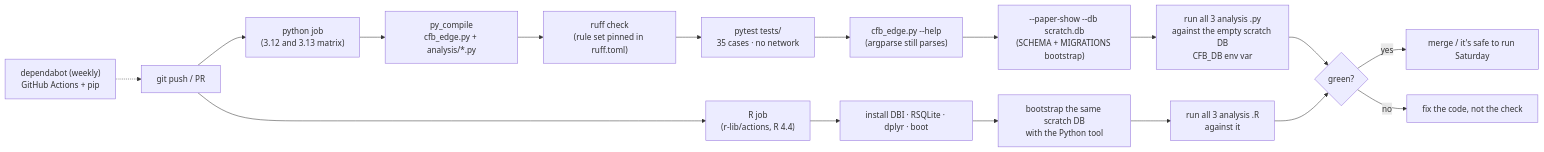
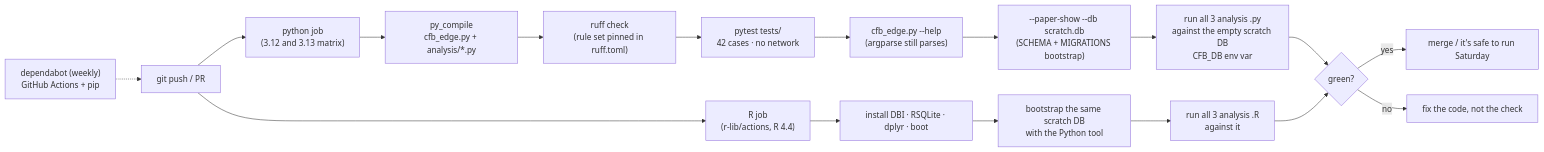
Before and after one commit to wbp318/cfb_2026: diagram 12 of 12 in README.md, drawn with Mermaid. The commit also changed other lines of this file and 7 other files, not shown here.

````diff
--- a/README.md
+++ b/README.md
@@ -615,18 +616,18 @@
 ```mermaid
 flowchart LR
     PUSH["git push / PR"] --> PY["python job\n(3.12 and 3.13 matrix)"]
     PUSH --> RJ["R job\n(r-lib/actions, R 4.4)"]
     PY --> P1["py_compile\ncfb_edge.py + analysis/*.py"]
     P1 --> P2["ruff check\n(rule set pinned in ruff.toml)"]
-    P2 --> PT["pytest tests/\n35 cases · no network"]
+    P2 --> PT["pytest tests/\n42 cases · no network"]
     PT --> P3["cfb_edge.py --help\n(argparse still parses)"]
     P3 --> P4["--paper-show --db scratch.db\n(SCHEMA + MIGRATIONS bootstrap)"]
     P4 --> P5["run all 3 analysis .py\nagainst the empty scratch DB\nCFB_DB env var"]
     RJ --> R1["install DBI · RSQLite · dplyr · boot"]
     R1 --> R2["bootstrap the same scratch DB\nwith the Python tool"]
     R2 --> R3["run all 3 analysis .R\nagainst it"]
     P5 & R3 --> OK{"green?"}
     OK -- yes --> M["merge / it's safe to run Saturday"]
     OK -- no --> FIX["fix the code, not the check"]
     DEP["dependabot (weekly)\nGitHub Actions + pip"] -.-> PUSH
 ```
````
